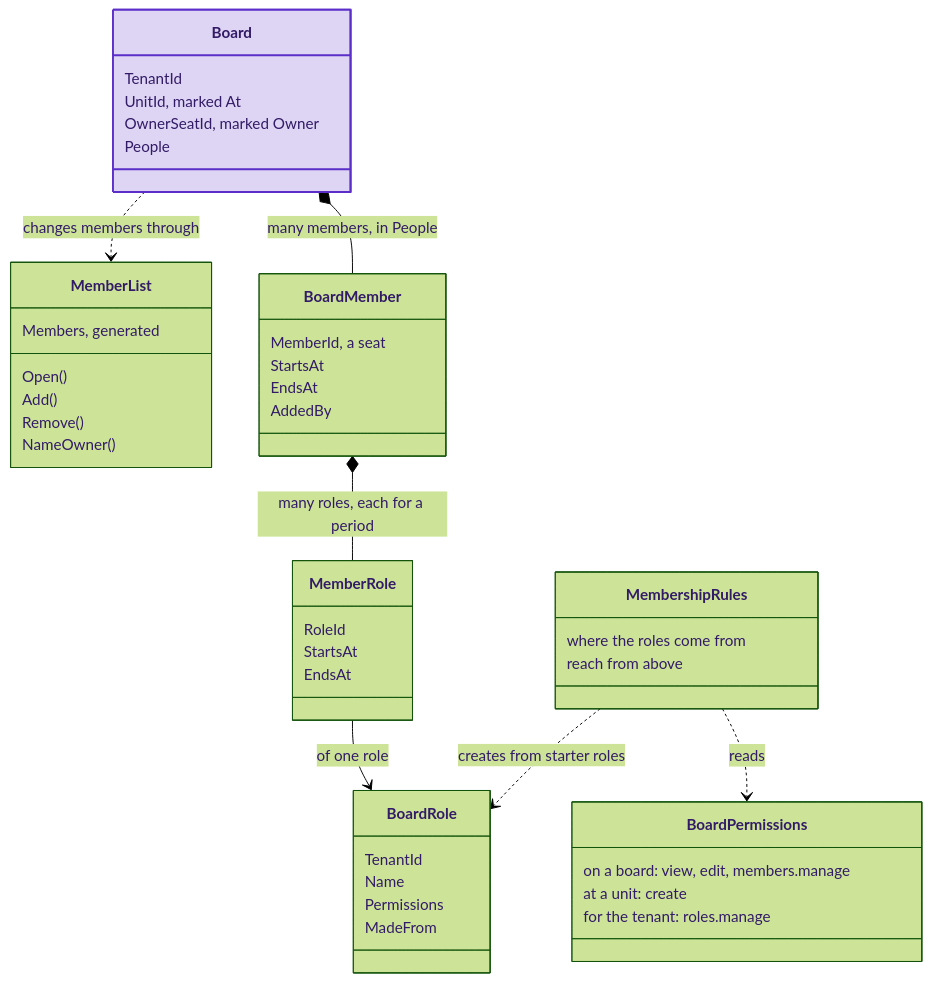
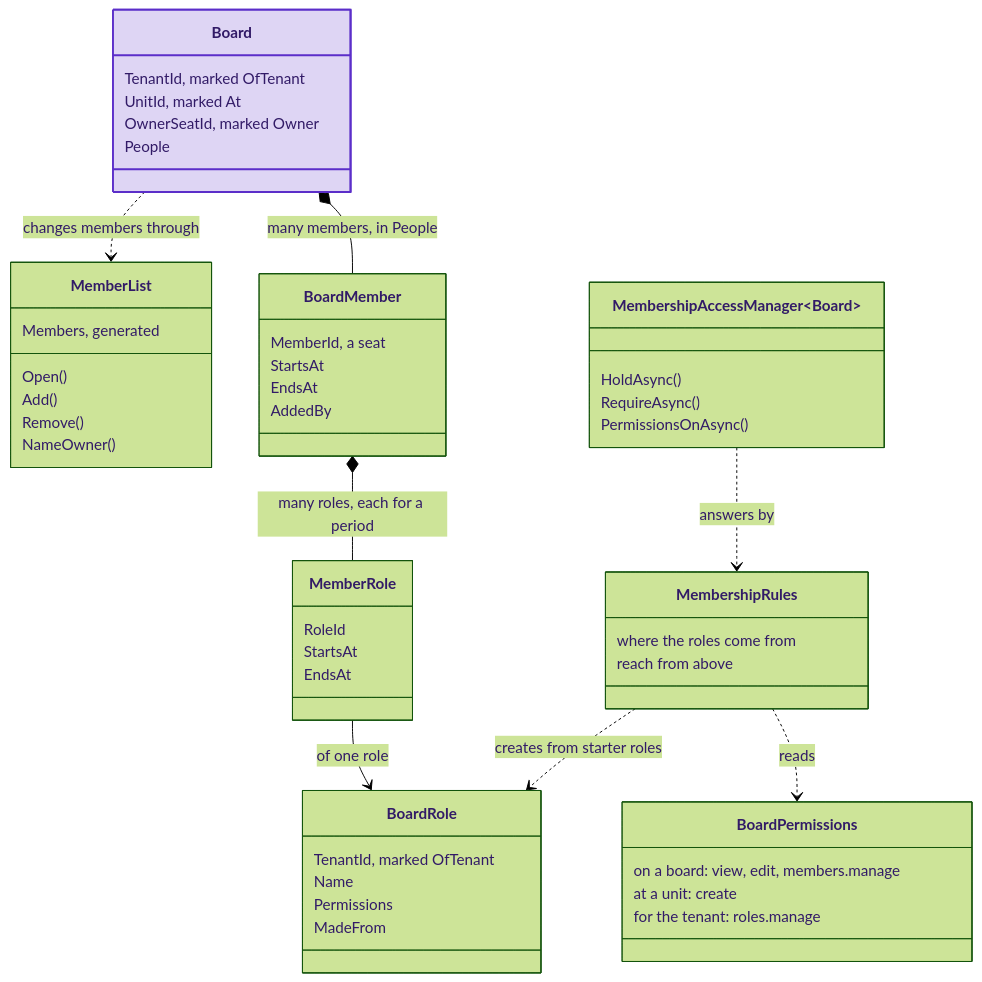
The first of 2 diagrams in docs/membership/overview.md (DylanSnel/DDDToolkit), drawn with Mermaid (forest theme) before and after one commit. The commit also changed other lines of this file and 13 other files, not shown here.

````diff
--- a/docs/membership/overview.md
+++ b/docs/membership/overview.md
@@ -64,51 +69,57 @@
 ```mermaid
 classDiagram
     direction TB
     class Board {
-        TenantId
+        TenantId, marked OfTenant
         UnitId, marked At
         OwnerSeatId, marked Owner
         People
     }
     class MemberList {
         Members, generated
         Open()
         Add()
         Remove()
         NameOwner()
     }
     class BoardMember {
         MemberId, a seat
         StartsAt
         EndsAt
         AddedBy
     }
     class MemberRole {
         RoleId
         StartsAt
         EndsAt
     }
     class BoardRole {
-        TenantId
+        TenantId, marked OfTenant
         Name
         Permissions
         MadeFrom
     }
     class BoardPermissions {
         on a board: view, edit, members.manage
         at a unit: create
         for the tenant: roles.manage
     }
     class MembershipRules {
         where the roles come from
         reach from above
     }
+    class MembershipAccessManager~Board~ {
+        HoldAsync()
+        RequireAsync()
+        PermissionsOnAsync()
+    }
     Board *-- BoardMember : many members, in People
     Board ..> MemberList : changes members through
     BoardMember *-- MemberRole : many roles, each for a period
     MemberRole --> BoardRole : of one role
     MembershipRules ..> BoardPermissions : reads
     MembershipRules ..> BoardRole : creates from starter roles
+    MembershipAccessManager ..> MembershipRules : answers by
     class Board:::strong
     classDef strong fill:#5b2ec933,stroke:#5b2ec9,stroke-width:2px
 ```
````
